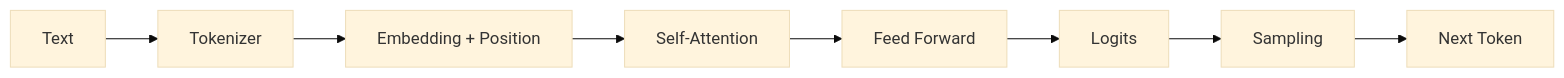
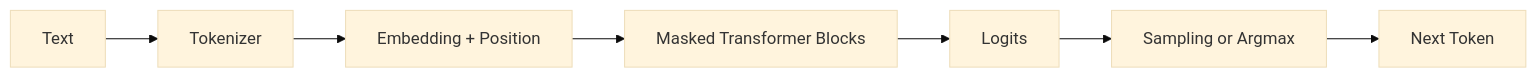
Before and after one commit to hyeongseoblim/systemdesign: the diagram in apps/api/src/main/resources/content/ai-01-transformer-fundamentals.md, drawn with Mermaid (base theme). The commit also changed other lines of this file and 96 other files, not shown here.

````diff
--- a/apps/api/src/main/resources/content/ai-01-transformer-fundamentals.md
+++ b/apps/api/src/main/resources/content/ai-01-transformer-fundamentals.md
@@ -23,10 +23,9 @@
 ```mermaid
 flowchart LR
     T[Text] --> K[Tokenizer]
     K --> E[Embedding + Position]
-    E --> A[Self-Attention]
-    A --> F[Feed Forward]
-    F --> L[Logits]
-    L --> S[Sampling]
+    E --> M[Masked Transformer Blocks]
+    M --> L[Logits]
+    L --> S[Sampling or Argmax]
     S --> N[Next Token]
 ```
````
